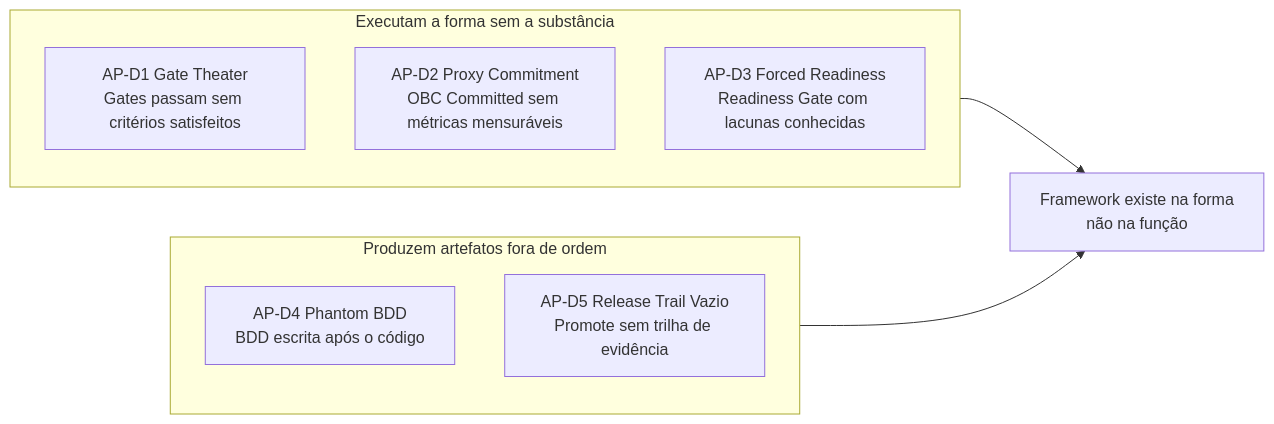
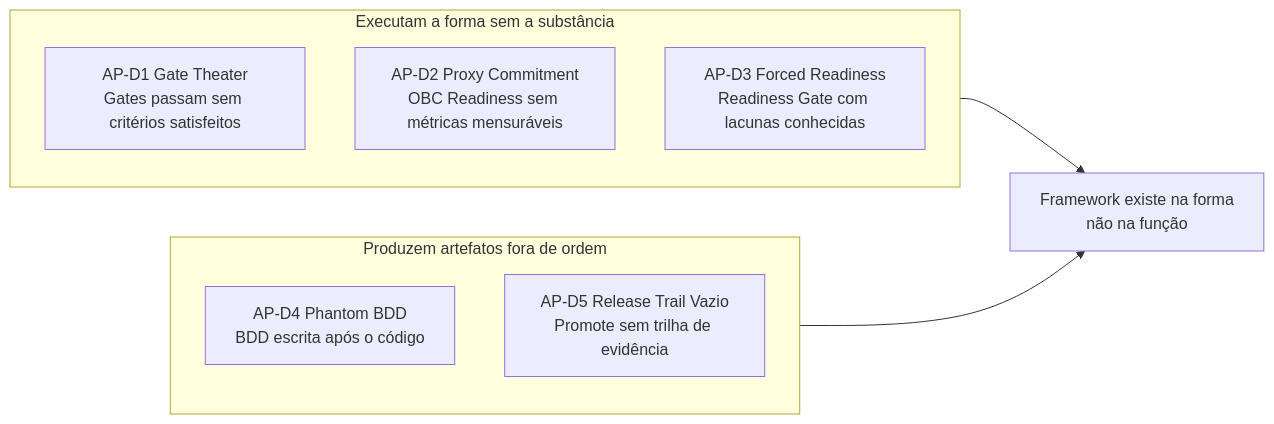
The second of 2 diagrams in capitulo-06.md (produtoreativo/from-intent-to-outcome), drawn with Mermaid before and after one commit. The commit also changed other lines of this file and 12 other files, not shown here.

First line of the commit message:
refactor: renomeia estado OBC Committed → Readiness em PT e EN

````diff
--- a/capitulo-06.md
+++ b/capitulo-06.md
@@ -140,13 +140,13 @@
 ```mermaid
 graph LR
     subgraph Forma["Executam a forma sem a substância"]
         AP1["AP-D1 Gate Theater\nGates passam sem critérios satisfeitos"]
-        AP2["AP-D2 Proxy Commitment\nOBC Committed sem métricas mensuráveis"]
+        AP2["AP-D2 Proxy Commitment\nOBC Readiness sem métricas mensuráveis"]
         AP3["AP-D3 Forced Readiness\nReadiness Gate com lacunas conhecidas"]
     end
     subgraph Ordem["Produzem artefatos fora de ordem"]
         AP4["AP-D4 Phantom BDD\nBDD escrita após o código"]
         AP5["AP-D5 Release Trail Vazio\nPromote sem trilha de evidência"]
     end
     Forma & Ordem --> RESULT["Framework existe na forma\nnão na função"]
 ```
````
